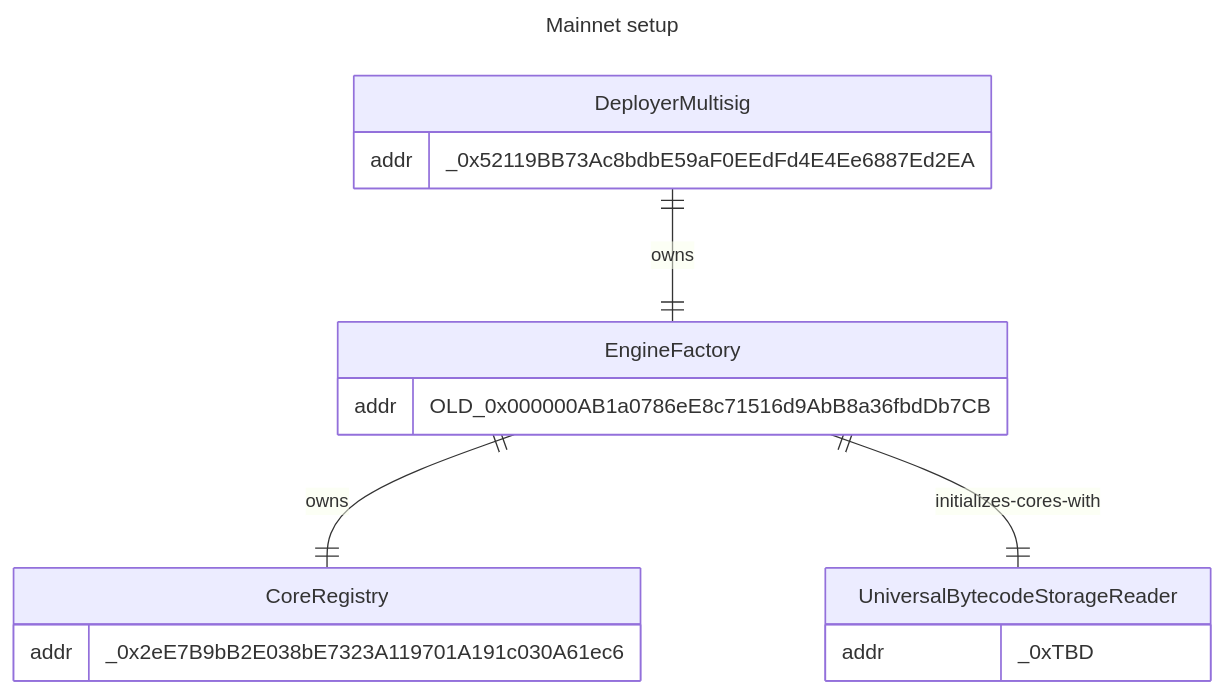
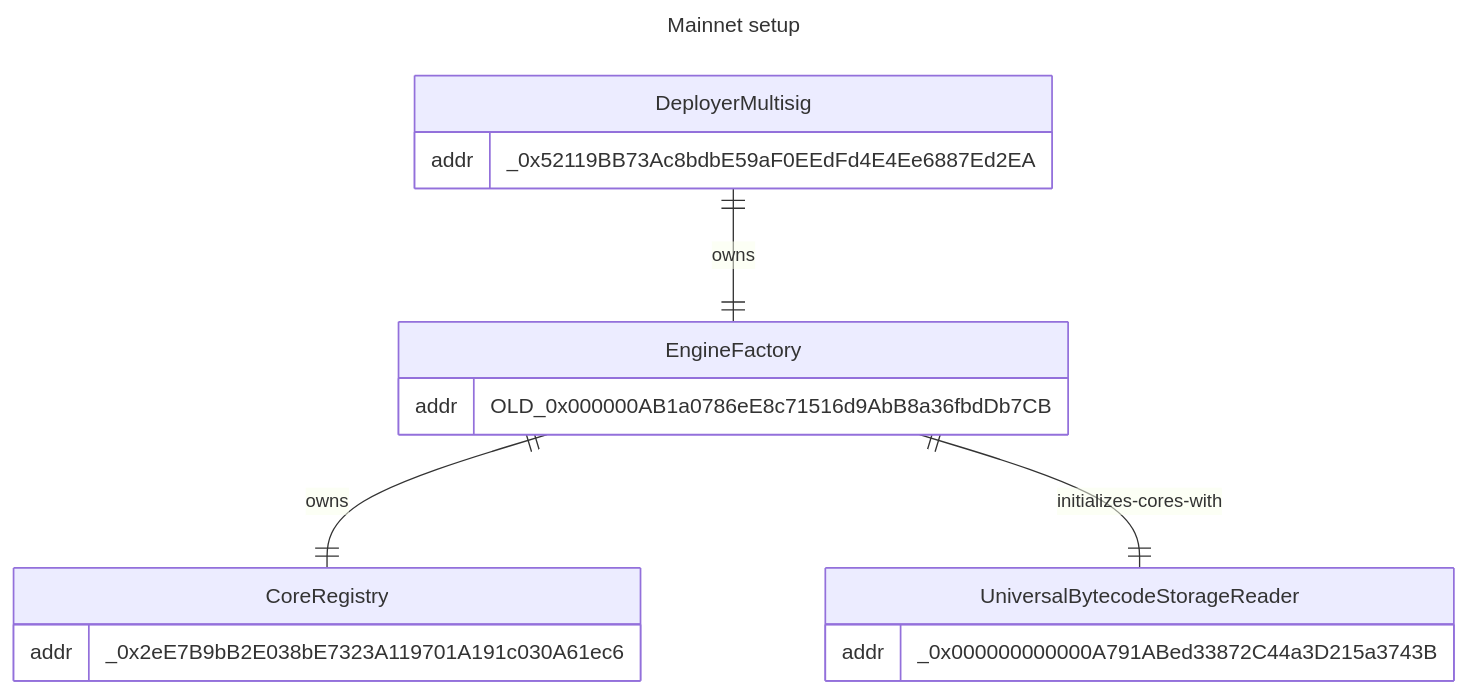
Before and after one commit to void-smith660/artblocks-contracts: the first of 4 diagrams in packages/contracts/INFRASTRUCTURE.md, drawn with Mermaid. The commit also changed other lines of this file and 12 other files, not shown here.

````diff
--- a/packages/contracts/INFRASTRUCTURE.md
+++ b/packages/contracts/INFRASTRUCTURE.md
@@ -28,21 +28,21 @@
 ```mermaid
 ---
 title: Mainnet setup
 ---
 erDiagram
     DeployerMultisig ||--|| EngineFactory : owns
     EngineFactory ||--|| CoreRegistry : owns
     EngineFactory ||--|| UniversalBytecodeStorageReader : initializes-cores-with
     DeployerMultisig {
         addr _0x52119BB73Ac8bdbE59aF0EEdFd4E4Ee6887Ed2EA
     }
     EngineFactory {
         addr OLD_0x000000AB1a0786eE8c71516d9AbB8a36fbdDb7CB
     }
     CoreRegistry {
         addr _0x2eE7B9bB2E038bE7323A119701A191c030A61ec6
     }
     UniversalBytecodeStorageReader {
-        addr _0xTBD
+        addr _0x000000000000A791ABed33872C44a3D215a3743B
     }
 ```
````
